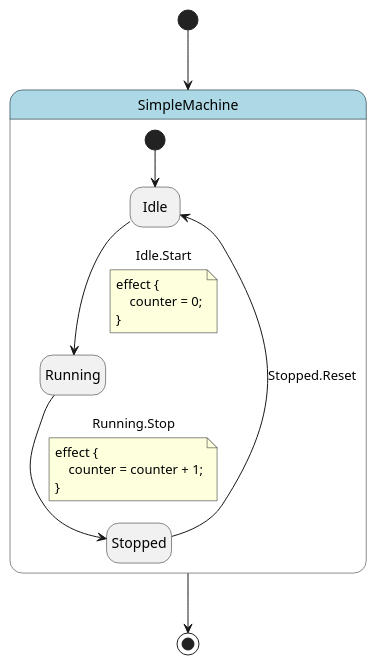
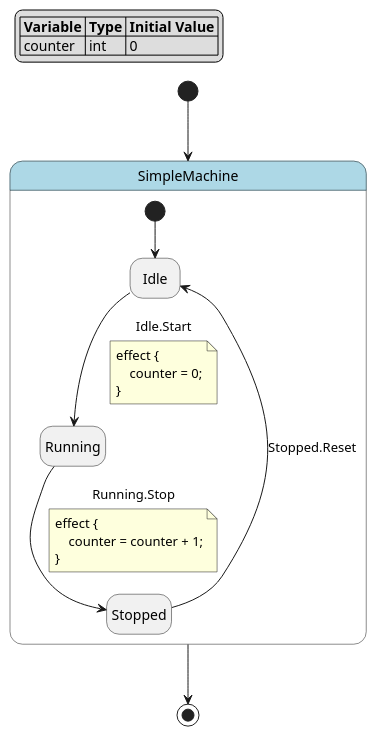
Before and after one commit to HansBug/pyfcstm: the diagram in docs/source/tutorials/cli/simple_machine.puml, drawn with PlantUML. The commit also changed 132 other files, not shown here.

First line of the commit message:
docs: re-render PlantUML diagrams with the pinned CI server (#520)

```diff
--- a/docs/source/tutorials/cli/simple_machine.puml
+++ b/docs/source/tutorials/cli/simple_machine.puml
@@ -1,32 +1,37 @@
 @startuml
 hide empty description
 
 skinparam state {
   BackgroundColor<<pseudo>> LightGray
   BackgroundColor<<composite>> LightBlue
   BorderColor<<pseudo>> Gray
   FontStyle<<pseudo>> italic
 }
+
+legend top left
+|= Variable |= Type |= Initial Value |
+| counter | int | 0 |
+endlegend
 
 state "SimpleMachine" as simple_machine <<composite>> {
     state "Idle" as simple_machine__idle
     state "Running" as simple_machine__running
     state "Stopped" as simple_machine__stopped
     [*] --> simple_machine__idle
     simple_machine__idle --> simple_machine__running : Idle.Start
     note on link
     effect {
         counter = 0;
     }
     end note
     simple_machine__running --> simple_machine__stopped : Running.Stop
     note on link
     effect {
         counter = counter + 1;
     }
     end note
     simple_machine__stopped --> simple_machine__idle : Stopped.Reset
 }
 [*] --> simple_machine
 simple_machine --> [*]
 @enduml
```
